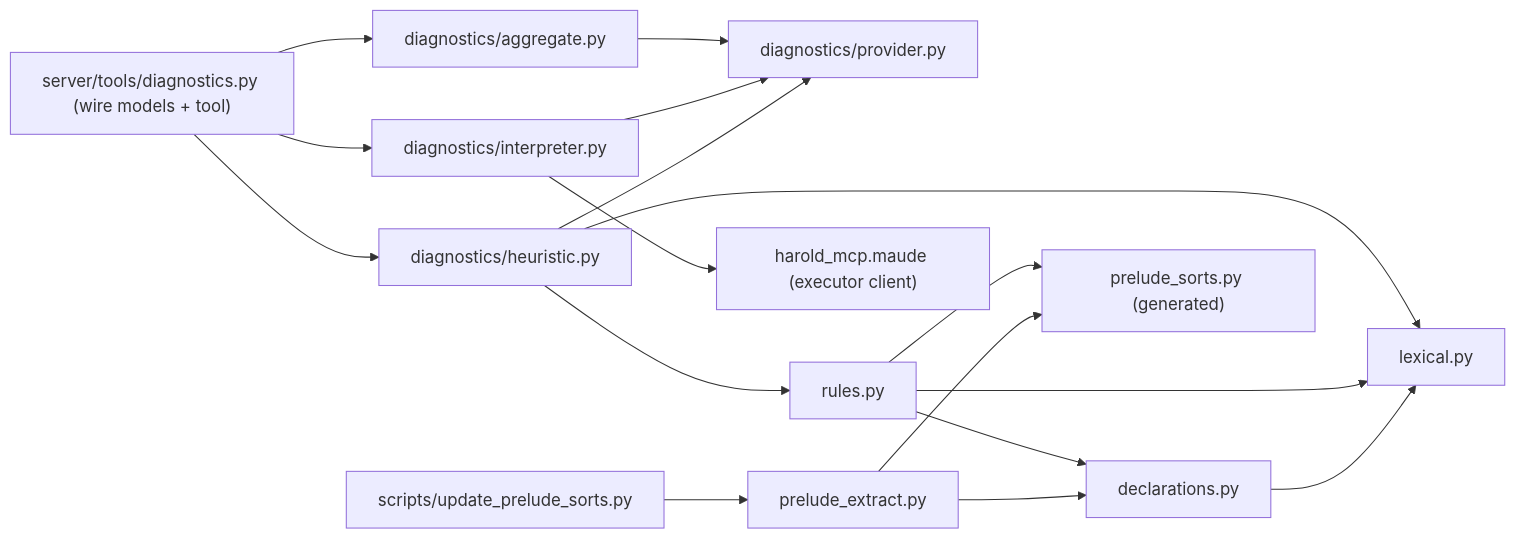
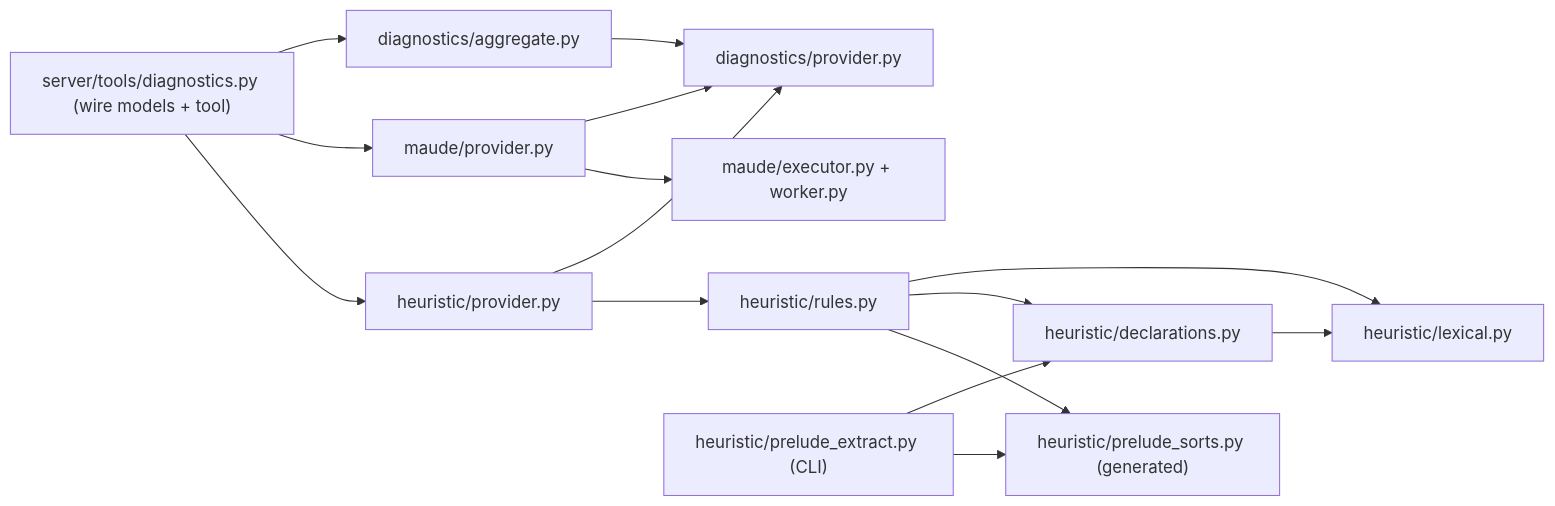
The third of 4 diagrams in harold-mcp/.agents/planning/port-linter.py/design/detailed-design.md (demiourgoi/Harold), drawn with Mermaid before and after one commit. The commit also changed other lines of this file and 3 other files, not shown here.

````diff
--- a/harold-mcp/.agents/planning/port-linter.py/design/detailed-design.md
+++ b/harold-mcp/.agents/planning/port-linter.py/design/detailed-design.md
@@ -184,19 +196,17 @@
 ```mermaid
 graph LR
     TOOL["server/tools/diagnostics.py (wire models + tool)"] --> AGG["diagnostics/aggregate.py"]
-    TOOL --> IP["diagnostics/interpreter.py"]
-    TOOL --> HP["diagnostics/heuristic.py"]
+    TOOL --> IP["maude/provider.py"]
+    TOOL --> HP["heuristic/provider.py"]
     AGG --> PROV["diagnostics/provider.py"]
     IP --> PROV
     HP --> PROV
-    HP --> RULES["rules.py"]
-    HP --> LEX["lexical.py"]
-    RULES --> LEX
-    RULES --> DECL["declarations.py"]
-    RULES --> SNAP["prelude_sorts.py (generated)"]
+    HP --> RULES["heuristic/rules.py"]
+    RULES --> LEX["heuristic/lexical.py"]
+    RULES --> DECL["heuristic/declarations.py"]
+    RULES --> SNAP["heuristic/prelude_sorts.py (generated)"]
     DECL --> LEX
-    IP --> MAUDE["harold_mcp.maude (executor client)"]
-    SCRIPT["scripts/update_prelude_sorts.py"] --> EXTRACT["prelude_extract.py"]
-    EXTRACT --> DECL
-    EXTRACT --> SNAP
+    IP --> MAUDE["maude/executor.py + worker.py"]
+    CLI["heuristic/prelude_extract.py (CLI)"] --> DECL
+    CLI --> SNAP
 ```
````
